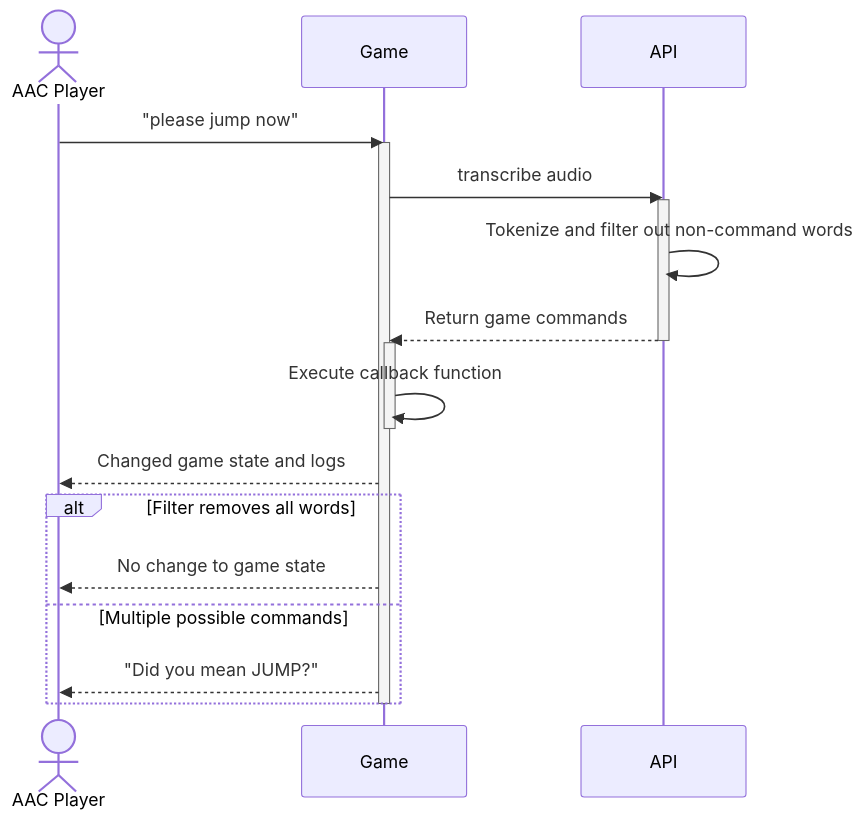
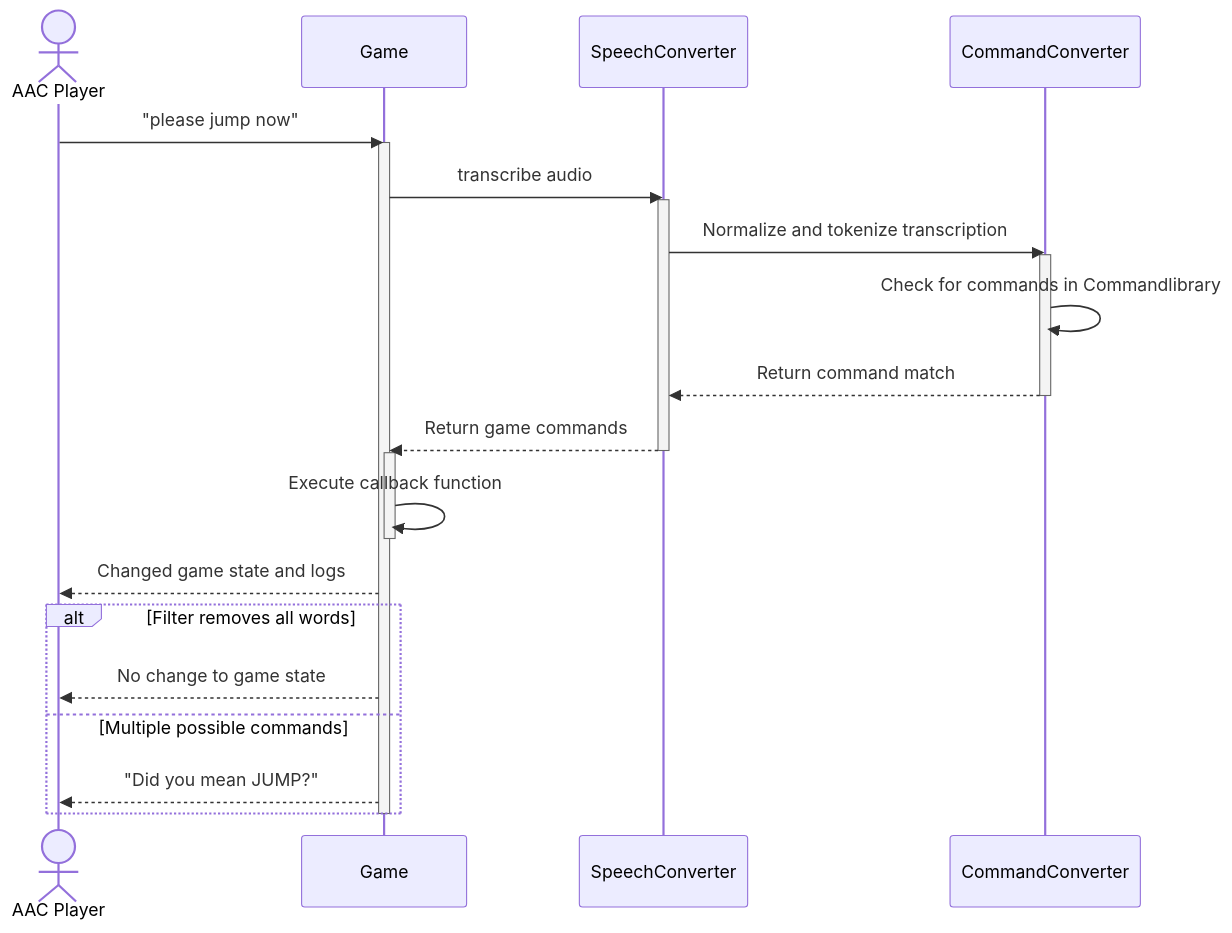
One commit to Capstone-Projects-2025-Fall/project-001-aac-api changed the second of 8 diagrams in documentation/docs/system-architecture/sequence-diagrams.md. Above: the diagram before and after it, drawn with Mermaid. The commit also changed other lines of this file, not shown here.

Commit message:
Update Sequence Diagram 2

````diff
--- a/documentation/docs/system-architecture/sequence-diagrams.md
+++ b/documentation/docs/system-architecture/sequence-diagrams.md
@@ -51,24 +51,30 @@
 ```mermaid
 sequenceDiagram
     actor AAC Player
     participant Game
-    participant API
+    participant SpeechConverter
+    participant CommandConverter
     
     AAC Player->>Game: "please jump now"
     activate Game
-    Game->>API: transcribe audio
-    activate API
-    API->>API: Tokenize and filter out non-command words
-    API-->>Game: Return game commands
-    deactivate API
+    Game->>SpeechConverter: transcribe audio
+    activate SpeechConverter
+    SpeechConverter->>CommandConverter: Normalize and tokenize transcription
+    activate CommandConverter
+    CommandConverter->>CommandConverter: Check for commands in Commandlibrary
+    CommandConverter-->>SpeechConverter: Return command match
+    deactivate CommandConverter
+
+    SpeechConverter-->>Game: Return game commands
+    deactivate SpeechConverter
     activate Game
     Game->>Game: Execute callback function
     deactivate Game
     Game-->>AAC Player: Changed game state and logs
     alt Filter removes all words
         Game-->>AAC Player: No change to game state
     else Multiple possible commands
         Game-->>AAC Player: "Did you mean JUMP?"
     end
     deactivate Game
 ```
````
